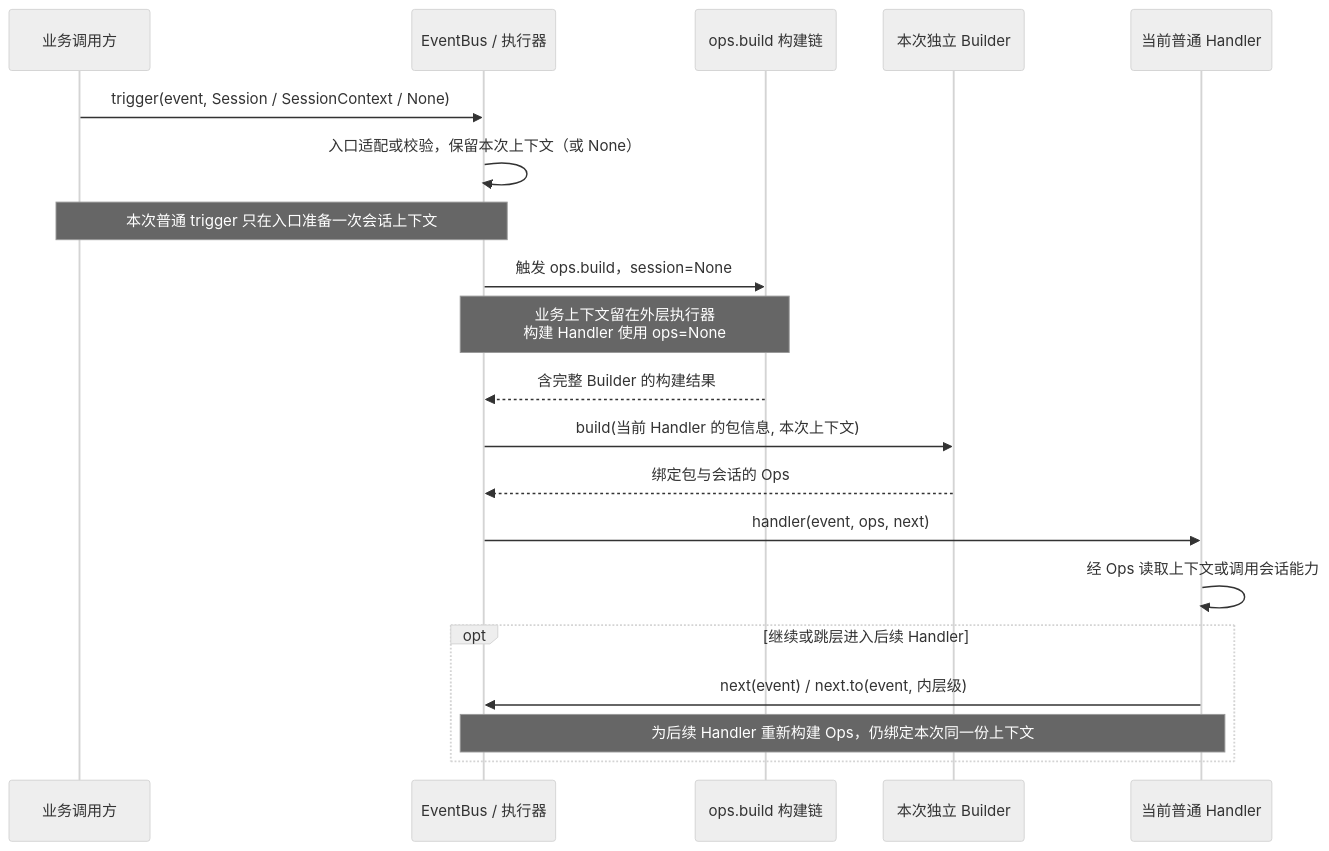
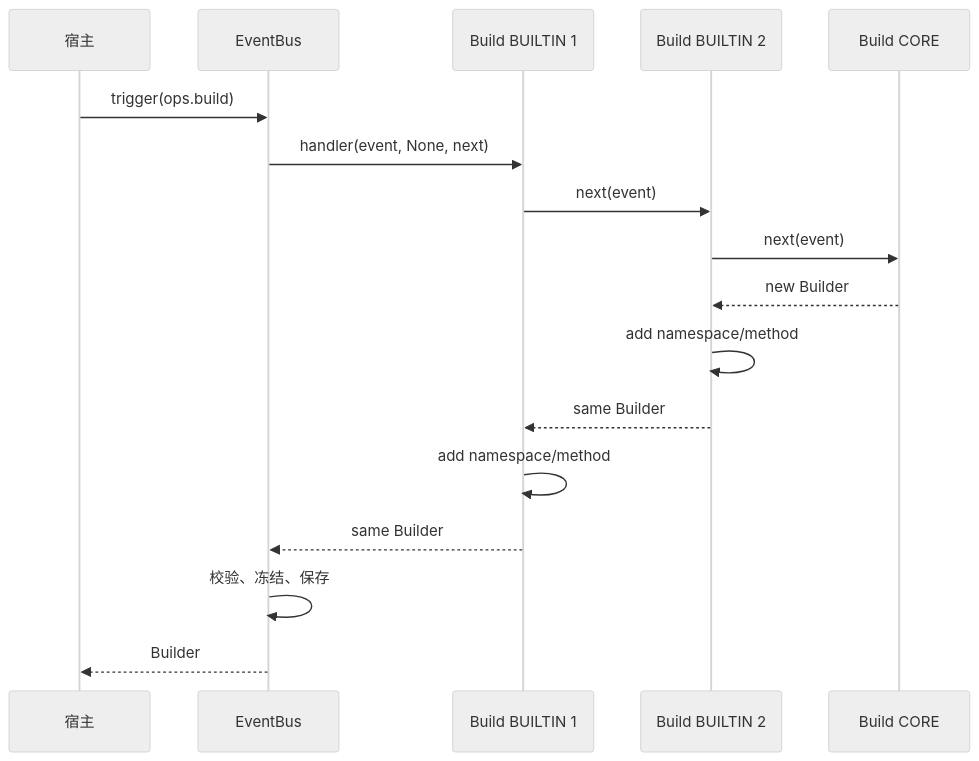
Before and after one commit to openJiuwen-ai/agent-core: the second of 3 diagrams in openjiuwen/core/events/docs/designs/events-architecture.md, drawn with Mermaid (neutral theme). The commit also changed other lines of this file and 16 other files, not shown here.

````diff
--- a/openjiuwen/core/events/docs/designs/events-architecture.md
+++ b/openjiuwen/core/events/docs/designs/events-architecture.md
@@ -475,22 +219,19 @@
 ```mermaid
 sequenceDiagram
-    participant Caller as 业务调用方
-    participant Bus as EventBus / 执行器
-    participant Build as ops.build 构建链
-    participant Builder as 本次独立 Builder
-    participant Handler as 当前普通 Handler
-    Caller->>Bus: trigger(event, Session / SessionContext / None)
-    Bus->>Bus: 入口适配或校验，保留本次上下文（或 None）
-    Note over Caller,Bus: 本次普通 trigger 只在入口准备一次会话上下文
-    Bus->>Build: 触发 ops.build，session=None
-    Note over Bus,Build: 业务上下文留在外层执行器<br/>构建 Handler 使用 ops=None
-    Build-->>Bus: 含完整 Builder 的构建结果
-    Bus->>Builder: build(当前 Handler 的包信息, 本次上下文)
-    Builder-->>Bus: 绑定包与会话的 Ops
-    Bus->>Handler: handler(event, ops, next)
-    Handler->>Handler: 经 Ops 读取上下文或调用会话能力
-    opt 继续或跳层进入后续 Handler
-        Handler->>Bus: next(event) / next.to(event, 内层级)
-        Note over Bus,Handler: 为后续 Handler 重新构建 Ops，仍绑定本次同一份上下文
-    end
+    participant Host as 宿主
+    participant Bus as EventBus
+    participant B1 as Build BUILTIN 1
+    participant B2 as Build BUILTIN 2
+    participant Core as Build CORE
+    Host->>Bus: trigger(ops.build)
+    Bus->>B1: handler(event, None, next)
+    B1->>B2: next(event)
+    B2->>Core: next(event)
+    Core-->>B2: new Builder
+    B2->>B2: add namespace/method
+    B2-->>B1: same Builder
+    B1->>B1: add namespace/method
+    B1-->>Bus: same Builder
+    Bus->>Bus: 校验、冻结、保存
+    Bus-->>Host: Builder
 ```
````
